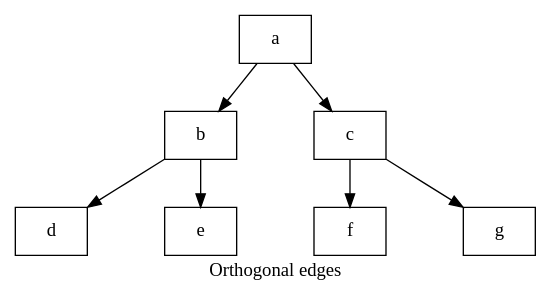
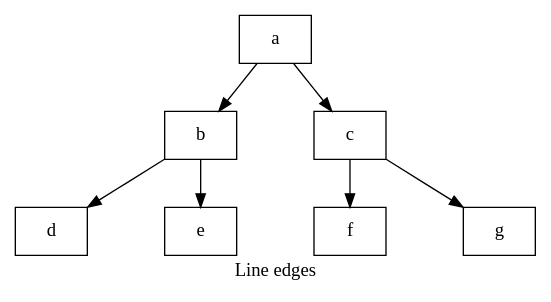
Diagram 19 of 21 in _posts/2019-01-25-Graphviz.adoc (narusas/blogdraft), drawn with Graphviz before and after one commit. The commit also changed other lines of this file, not shown here.

```diff
--- a/_posts/2019-01-25-Graphviz.adoc
+++ b/_posts/2019-01-25-Graphviz.adoc
@@ -536,10 +536,10 @@
 [graphviz]
 ....
-digraph Orthogonal {
-  graph [label="Orthogonal edges", splines=line, nodesep=0.8]
+digraph Line {
+  graph [label="Line edges", splines=line, nodesep=0.8]
   node [shape=box]
   a->{b c} 
   b->{d e}
   c->{f g}
 }
 ....
```
